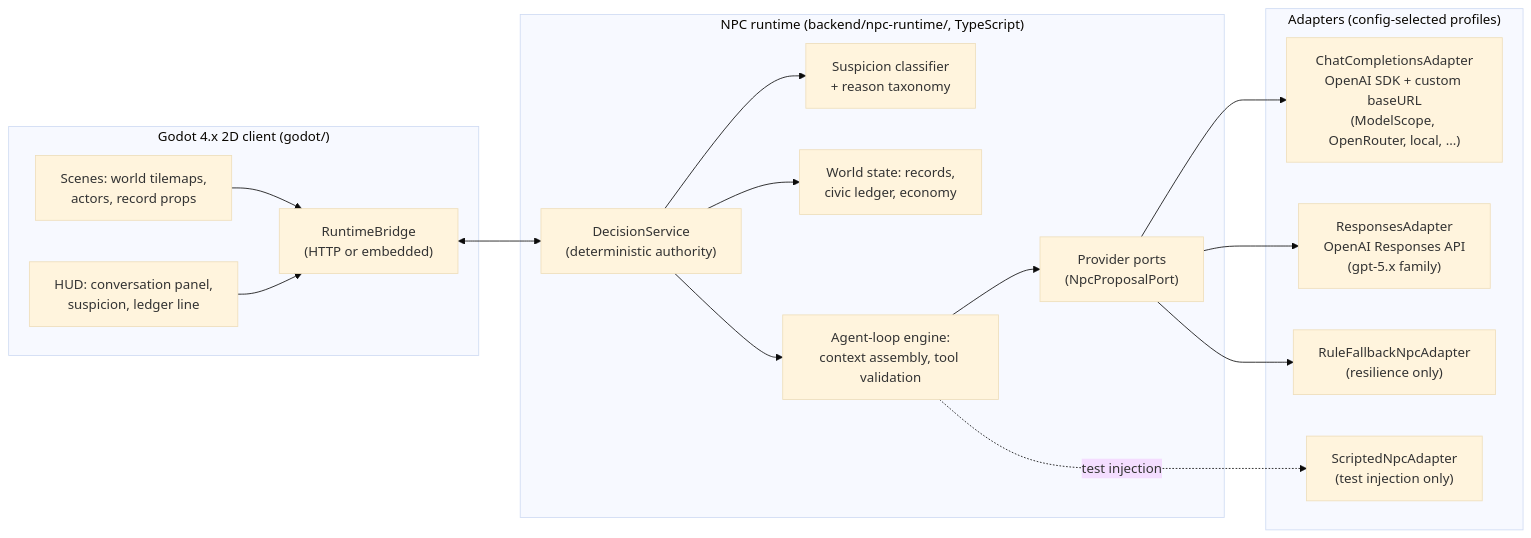
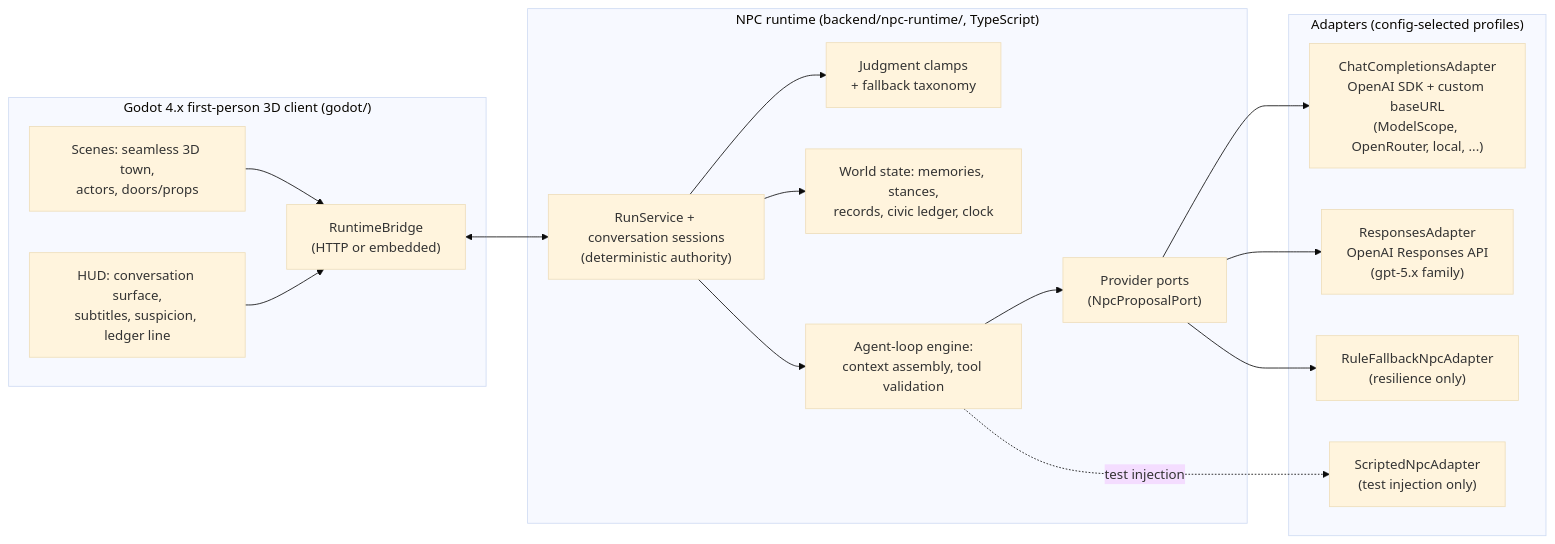
The diagram in docs/tech/architecture.md (gigio1023/dream-of-one), drawn with Mermaid (base theme) before and after one commit. The commit also changed other lines of this file and 24 other files, not shown here.

First line of the commit message:
docs: adopt first-person town direction

````diff
--- a/docs/tech/architecture.md
+++ b/docs/tech/architecture.md
@@ -5,35 +5,35 @@
 ```mermaid
 flowchart LR
-    subgraph Client["Godot 4.x 2D client (godot/)"]
-        Scenes["Scenes: world tilemaps,\nactors, record props"]
-        HUD["HUD: conversation panel,\nsuspicion, ledger line"]
+    subgraph Client["Godot 4.x first-person 3D client (godot/)"]
+        Scenes["Scenes: seamless 3D town,\nactors, doors/props"]
+        HUD["HUD: conversation surface,\nsubtitles, suspicion, ledger line"]
         Bridge["RuntimeBridge\n(HTTP or embedded)"]
     end
 
     subgraph Runtime["NPC runtime (backend/npc-runtime/, TypeScript)"]
-        Decision["DecisionService\n(deterministic authority)"]
-        Suspicion["Suspicion classifier\n+ reason taxonomy"]
-        World["World state: records,\ncivic ledger, economy"]
+        Decision["RunService + conversation sessions\n(deterministic authority)"]
+        Suspicion["Judgment clamps\n+ fallback taxonomy"]
+        World["World state: memories, stances,\nrecords, civic ledger, clock"]
         Agent["Agent-loop engine:\ncontext assembly, tool validation"]
         Ports["Provider ports\n(NpcProposalPort)"]
     end
 
     subgraph Providers["Adapters (config-selected profiles)"]
         CC["ChatCompletionsAdapter\nOpenAI SDK + custom baseURL\n(ModelScope, OpenRouter, local, ...)"]
         RESP["ResponsesAdapter\nOpenAI Responses API\n(gpt-5.x family)"]
         FALLBACK["RuleFallbackNpcAdapter\n(resilience only)"]
         SCRIPTED["ScriptedNpcAdapter\n(test injection only)"]
     end
 
     Scenes --> Bridge
     HUD --> Bridge
     Bridge <--> Decision
     Decision --> Suspicion
     Decision --> World
     Decision --> Agent
     Agent --> Ports
     Ports --> CC
     Ports --> RESP
     Ports --> FALLBACK
     Agent -. test injection .-> SCRIPTED
 ```
````
